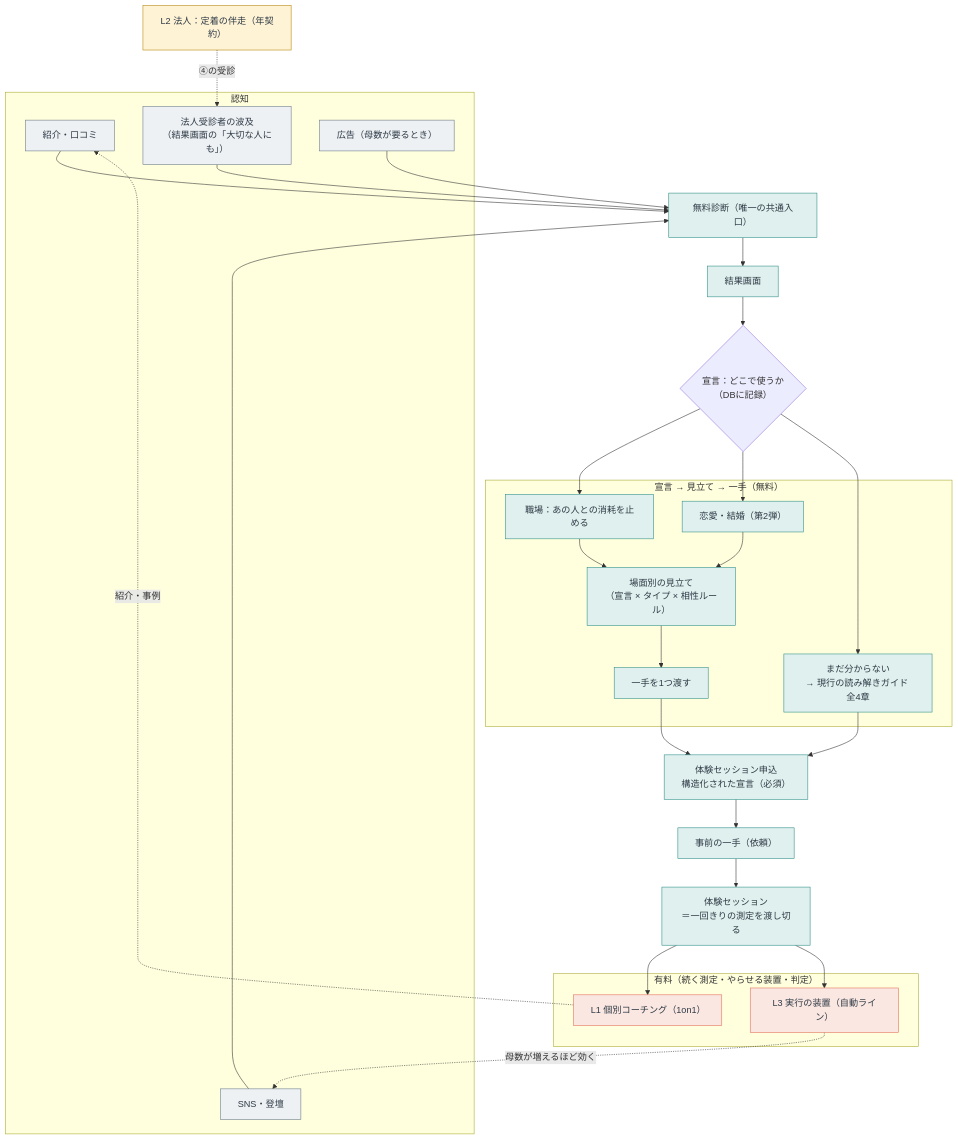
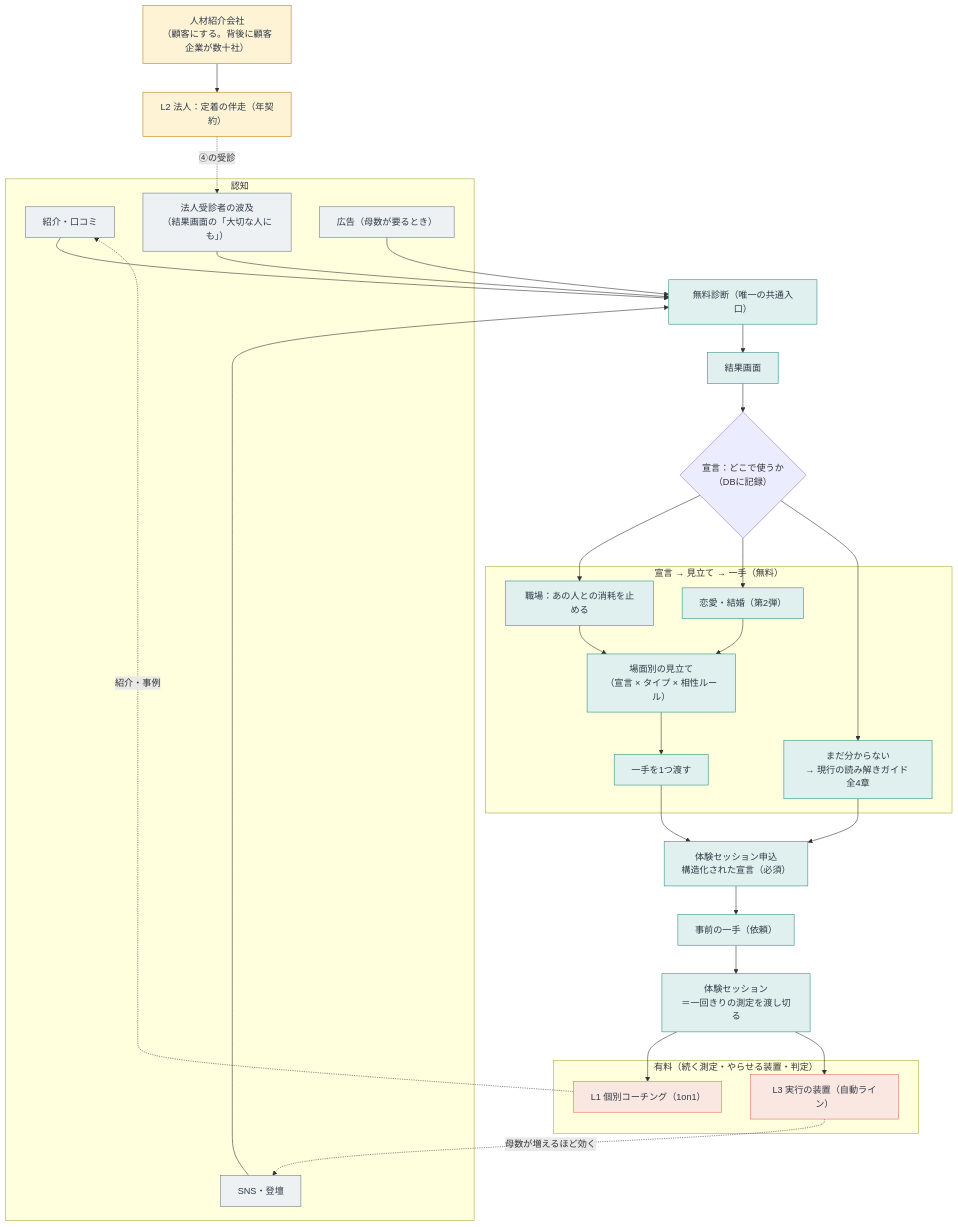
The second of 2 diagrams in 集客戦略マップ.md (yuki-b4/work-relation-quiz), drawn with Mermaid before and after one commit. The commit also changed other lines of this file and 2 other files, not shown here.

````diff
--- a/集客戦略マップ.md
+++ b/集客戦略マップ.md
@@ -455,56 +506,58 @@
 ```mermaid
 flowchart TD
   subgraph ACQ["認知"]
     A1["紹介・口コミ"]
     A2["SNS・登壇"]
     A3["法人受診者の波及<br/>（結果画面の「大切な人にも」）"]
     A4["広告（母数が要るとき）"]
   end
 
   Q["無料診断（唯一の共通入口）"]
   R["結果画面"]
   FORK{"宣言：どこで使うか<br/>（DBに記録）"}
 
   subgraph DECL["宣言 → 見立て → 一手（無料）"]
     W1["職場：あの人との消耗を止める"]
     W2["恋愛・結婚（第2弾）"]
     W3["まだ分からない<br/>→ 現行の読み解きガイド 全4章"]
     MI["場面別の見立て<br/>（宣言 × タイプ × 相性ルール）"]
     ST["一手を1つ渡す"]
   end
 
   AP["体験セッション申込<br/>構造化された宣言（必須）"]
   PRE["事前の一手（依頼）"]
   SE["体験セッション<br/>＝一回きりの測定を渡し切る"]
 
   subgraph PAID["有料（続く測定・やらせる装置・判定）"]
     L1["L1 個別コーチング（1on1）"]
     L3["L3 実行の装置（自動ライン）"]
   end
 
   L2["L2 法人：定着の伴走（年契約）"]
+  AG["人材紹介会社<br/>（顧客にする。背後に顧客企業が数十社）"]
 
   A1 --> Q
   A2 --> Q
   A3 --> Q
   A4 --> Q
   Q --> R --> FORK
   FORK --> W1 --> MI
   FORK --> W2 --> MI
   FORK --> W3 --> AP
   MI --> ST --> AP --> PRE --> SE
   SE --> L1
   SE --> L3
   L1 -.->|"紹介・事例"| A1
   L3 -.->|"母数が増えるほど効く"| A2
   L2 -.->|"④の受診"| A3
+  AG --> L2
 
   classDef acq fill:#EEF1F4,stroke:#6B7A87,color:#2E3A46;
   classDef free fill:#E0F0EE,stroke:#2F8F88,color:#2E3A46;
   classDef paid fill:#FBE7E1,stroke:#E2705A,color:#2E3A46;
   classDef b2b fill:#FFF3D6,stroke:#B8860B,color:#2E3A46;
   class A1,A2,A3,A4 acq;
   class Q,R,W1,W2,W3,MI,ST,AP,PRE,SE free;
   class L1,L3 paid;
-  class L2 b2b;
+  class L2,AG b2b;
 ```
````
